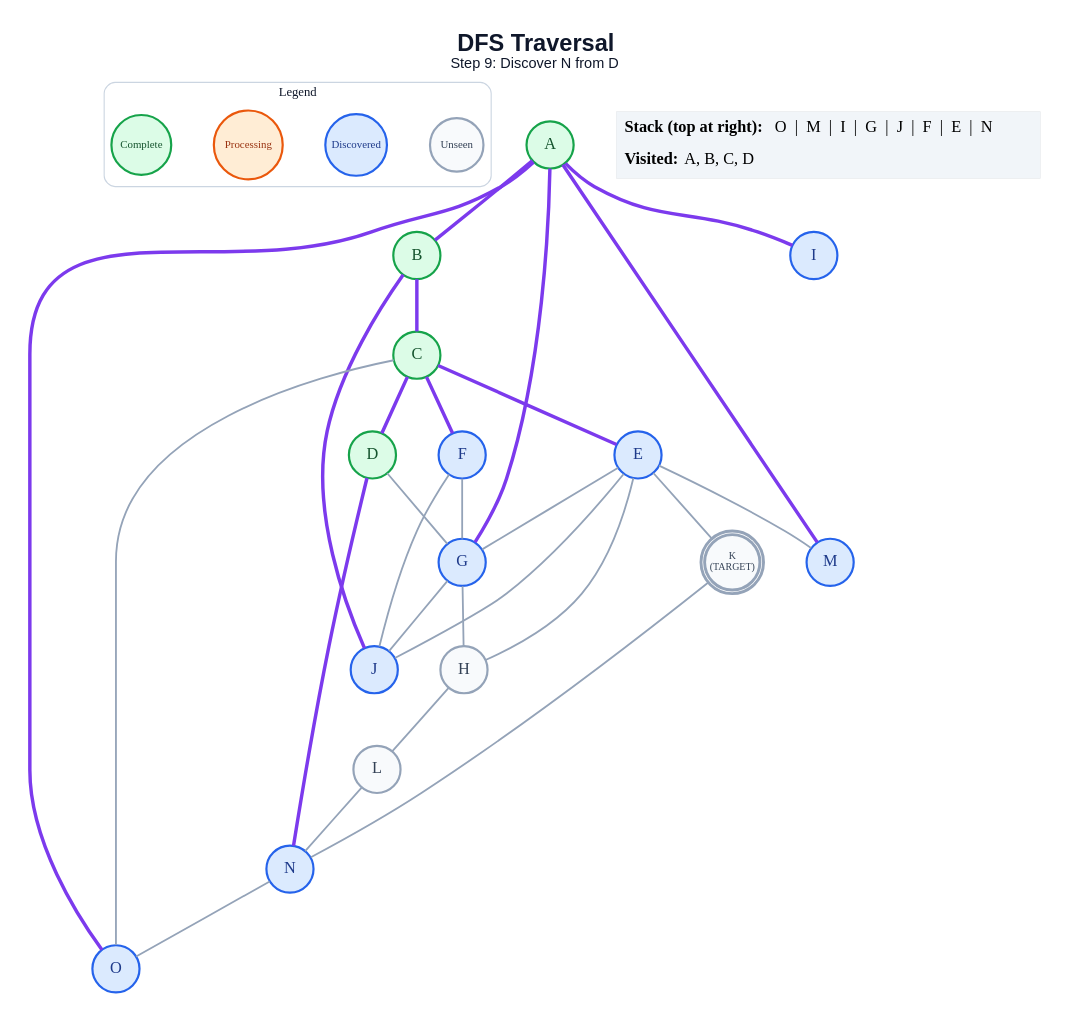
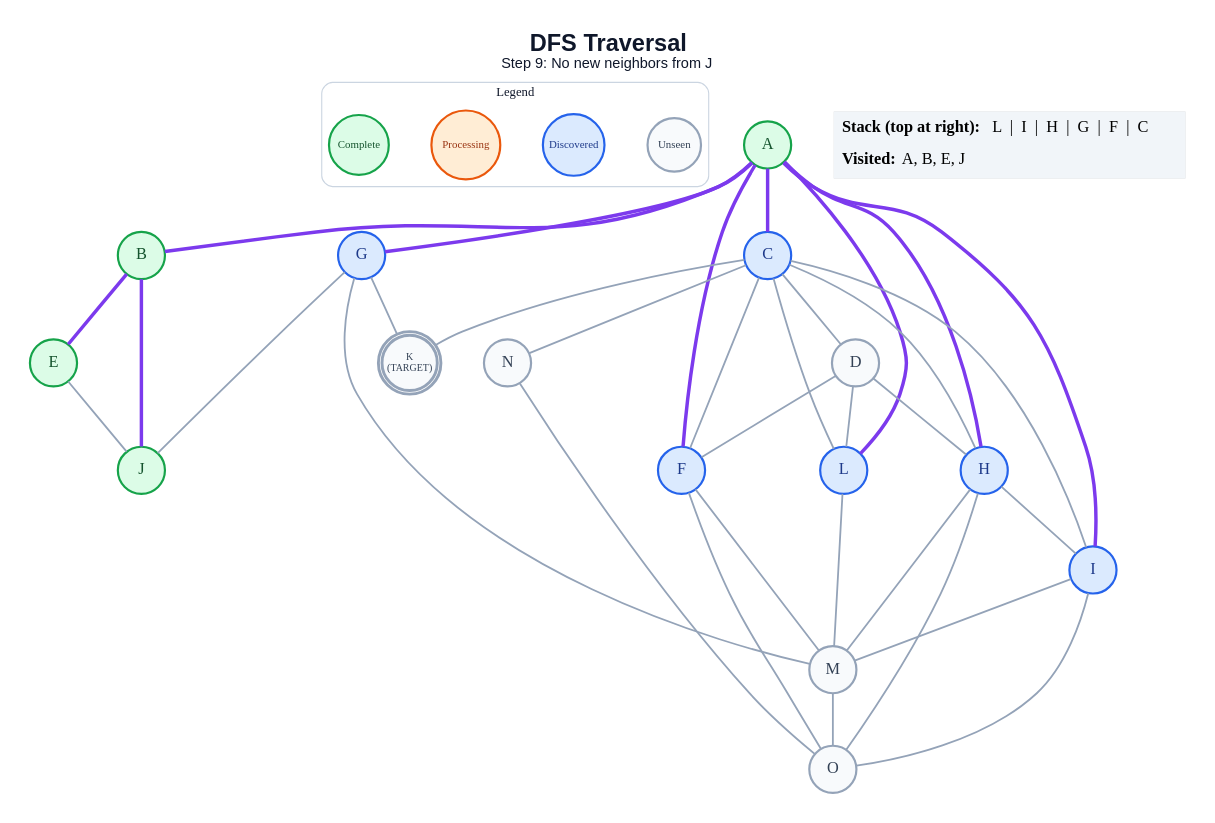
The diagram in generated/short-circuit/dfs/step_09.dot (anon7238593-create/ai-slop), drawn with Graphviz before and after one commit. The commit also changed 265 other files, not shown here.

```diff
--- a/generated/short-circuit/dfs/step_09.dot
+++ b/generated/short-circuit/dfs/step_09.dot
@@ -1,60 +1,67 @@
 graph traversal {
   graph [layout=dot, rankdir=TB, bgcolor="#FFFFFF", pad="0.35", nodesep="0.65", ranksep="0.8", fontname="Arial"];
   node [shape=circle, style="filled", fontname="Arial Bold", fontsize=18, width=0.72, fixedsize=true, penwidth=2.4];
   edge [color="#94A3B8", penwidth=2.0];
-  label=<<B>DFS Traversal</B><BR/><FONT POINT-SIZE="16">Step 9: Discover N from D</FONT>>; labelloc="t"; fontsize=26; fontname="Arial"; fontcolor="#0F172A";
+  label=<<B>DFS Traversal</B><BR/><FONT POINT-SIZE="16">Step 9: No new neighbors from J</FONT>>; labelloc="t"; fontsize=26; fontname="Arial"; fontcolor="#0F172A";
   subgraph cluster_legend { label="Legend"; color="#CBD5E1"; penwidth=1.2; style="rounded"; fontsize=14; fontname="Arial Bold";
     key_unseen [label="Unseen", fillcolor="#F8FAFC", color="#94A3B8", fontcolor="#334155", fontsize=12, width=0.82];
     key_frontier [label="Discovered", fillcolor="#DBEAFE", color="#2563EB", fontcolor="#1E3A8A", fontsize=12, width=0.95];
     key_current [label="Processing", fillcolor="#FFEDD5", color="#EA580C", fontcolor="#9A3412", fontsize=12, width=1.05];
     key_done [label="Complete", fillcolor="#DCFCE7", color="#16A34A", fontcolor="#14532D", fontsize=12, width=0.92];
     { rank=same; key_unseen; key_frontier; key_current; key_done; }
   }
   A [label="A", fillcolor="#DCFCE7", color="#16A34A", fontcolor="#14532D", peripheries=1, penwidth=2.4];
   B [label="B", fillcolor="#DCFCE7", color="#16A34A", fontcolor="#14532D", peripheries=1, penwidth=2.4];
-  C [label="C", fillcolor="#DCFCE7", color="#16A34A", fontcolor="#14532D", peripheries=1, penwidth=2.4];
-  D [label="D", fillcolor="#DCFCE7", color="#16A34A", fontcolor="#14532D", peripheries=1, penwidth=2.4];
-  E [label="E", fillcolor="#DBEAFE", color="#2563EB", fontcolor="#1E3A8A", peripheries=1, penwidth=2.4];
+  C [label="C", fillcolor="#DBEAFE", color="#2563EB", fontcolor="#1E3A8A", peripheries=1, penwidth=2.4];
+  D [label="D", fillcolor="#F8FAFC", color="#94A3B8", fontcolor="#334155", peripheries=1, penwidth=2.4];
+  E [label="E", fillcolor="#DCFCE7", color="#16A34A", fontcolor="#14532D", peripheries=1, penwidth=2.4];
   F [label="F", fillcolor="#DBEAFE", color="#2563EB", fontcolor="#1E3A8A", peripheries=1, penwidth=2.4];
   G [label="G", fillcolor="#DBEAFE", color="#2563EB", fontcolor="#1E3A8A", peripheries=1, penwidth=2.4];
-  H [label="H", fillcolor="#F8FAFC", color="#94A3B8", fontcolor="#334155", peripheries=1, penwidth=2.4];
+  H [label="H", fillcolor="#DBEAFE", color="#2563EB", fontcolor="#1E3A8A", peripheries=1, penwidth=2.4];
   I [label="I", fillcolor="#DBEAFE", color="#2563EB", fontcolor="#1E3A8A", peripheries=1, penwidth=2.4];
-  J [label="J", fillcolor="#DBEAFE", color="#2563EB", fontcolor="#1E3A8A", peripheries=1, penwidth=2.4];
+  J [label="J", fillcolor="#DCFCE7", color="#16A34A", fontcolor="#14532D", peripheries=1, penwidth=2.4];
   K [label="K\n(TARGET)", fillcolor="#F8FAFC", color="#94A3B8", fontcolor="#334155", peripheries=2, penwidth=3.2, fontsize=11, width=0.85, height=0.85];
-  L [label="L", fillcolor="#F8FAFC", color="#94A3B8", fontcolor="#334155", peripheries=1, penwidth=2.4];
-  M [label="M", fillcolor="#DBEAFE", color="#2563EB", fontcolor="#1E3A8A", peripheries=1, penwidth=2.4];
-  N [label="N", fillcolor="#DBEAFE", color="#2563EB", fontcolor="#1E3A8A", peripheries=1, penwidth=2.4];
-  O [label="O", fillcolor="#DBEAFE", color="#2563EB", fontcolor="#1E3A8A", peripheries=1, penwidth=2.4];
+  L [label="L", fillcolor="#DBEAFE", color="#2563EB", fontcolor="#1E3A8A", peripheries=1, penwidth=2.4];
+  M [label="M", fillcolor="#F8FAFC", color="#94A3B8", fontcolor="#334155", peripheries=1, penwidth=2.4];
+  N [label="N", fillcolor="#F8FAFC", color="#94A3B8", fontcolor="#334155", peripheries=1, penwidth=2.4];
+  O [label="O", fillcolor="#F8FAFC", color="#94A3B8", fontcolor="#334155", peripheries=1, penwidth=2.4];
   A -- B [color="#7C3AED", penwidth=3.8];
+  A -- C [color="#7C3AED", penwidth=3.8];
+  A -- F [color="#7C3AED", penwidth=3.8];
   A -- G [color="#7C3AED", penwidth=3.8];
+  A -- H [color="#7C3AED", penwidth=3.8];
   A -- I [color="#7C3AED", penwidth=3.8];
-  A -- M [color="#7C3AED", penwidth=3.8];
-  A -- O [color="#7C3AED", penwidth=3.8];
-  B -- C [color="#7C3AED", penwidth=3.8];
+  A -- L [color="#7C3AED", penwidth=3.8];
+  B -- E [color="#7C3AED", penwidth=3.8];
   B -- J [color="#7C3AED", penwidth=3.8];
-  C -- D [color="#7C3AED", penwidth=3.8];
-  C -- E [color="#7C3AED", penwidth=3.8];
-  C -- F [color="#7C3AED", penwidth=3.8];
-  C -- O;
-  D -- G;
-  D -- N [color="#7C3AED", penwidth=3.8];
-  E -- G;
-  E -- H;
+  C -- D;
+  C -- F;
+  C -- H;
+  C -- I;
+  C -- K;
+  C -- L;
+  C -- N;
+  D -- F;
+  D -- H;
+  D -- L;
   E -- J;
-  E -- K;
-  E -- M;
-  F -- G;
-  F -- J;
-  G -- H;
+  F -- M;
+  F -- O;
   G -- J;
-  H -- L;
-  K -- N;
-  L -- N;
+  G -- K;
+  G -- M;
+  H -- I;
+  H -- M;
+  H -- O;
+  I -- M;
+  I -- O;
+  L -- M;
+  M -- O;
   N -- O;
   status [shape=plain, fixedsize=false, width=0, height=0, margin=0, label=<
     <TABLE BORDER="0" CELLBORDER="0" CELLPADDING="7" BGCOLOR="#F1F5F9">
-      <TR><TD ALIGN="LEFT"><B>Stack (top at right):</B> O  |  M  |  I  |  G  |  J  |  F  |  E  |  N</TD></TR>
-      <TR><TD ALIGN="LEFT"><B>Visited:</B> A, B, C, D</TD></TR>
+      <TR><TD ALIGN="LEFT"><B>Stack (top at right):</B> L  |  I  |  H  |  G  |  F  |  C</TD></TR>
+      <TR><TD ALIGN="LEFT"><B>Visited:</B> A, B, E, J</TD></TR>
     </TABLE>
   >];
 }
```
